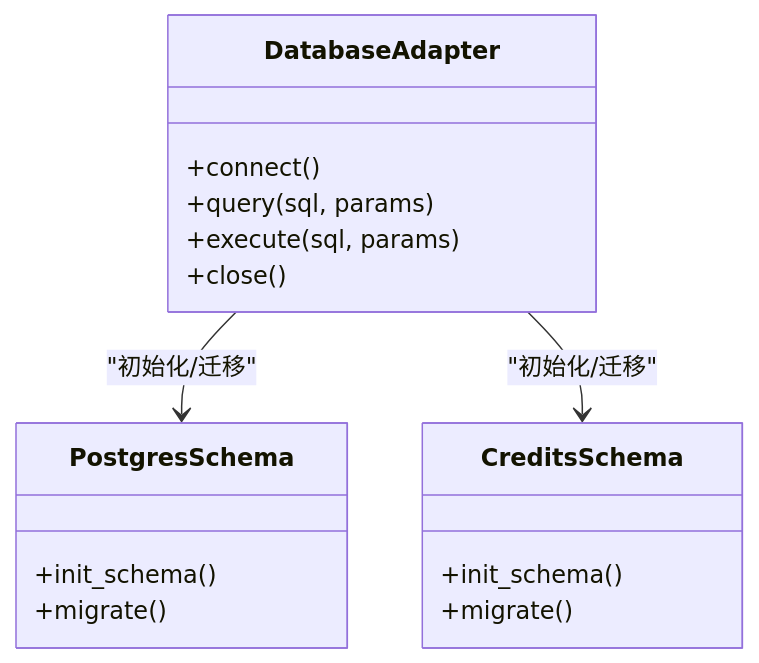
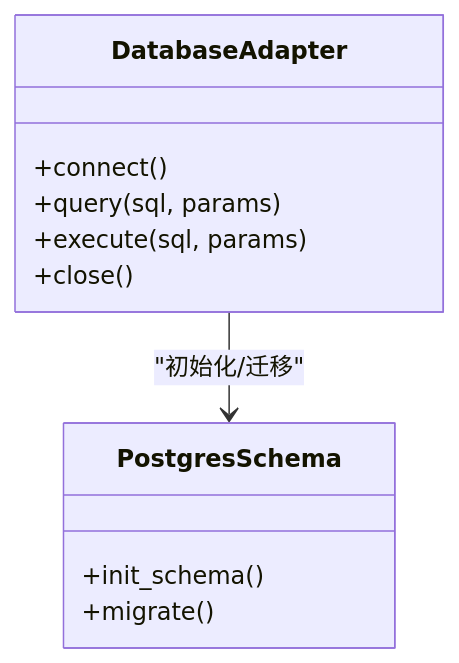
Before and after one commit to abokyoy/LectureLearnLoop: the fourth of 14 diagrams in .qoder/repowiki/zh/content/部署运维.md, drawn with Mermaid. The commit also changed other lines of this file and 91 other files, not shown here.

````diff
--- a/.qoder/repowiki/zh/content/部署运维.md
+++ b/.qoder/repowiki/zh/content/部署运维.md
@@ -188,19 +167,14 @@
 ```mermaid
 classDiagram
+class PostgresSchema {
++init_schema()
++migrate()
+}
 class DatabaseAdapter {
 +connect()
 +query(sql, params)
 +execute(sql, params)
 +close()
 }
-class PostgresSchema {
-+init_schema()
-+migrate()
-}
-class CreditsSchema {
-+init_schema()
-+migrate()
-}
 DatabaseAdapter --> PostgresSchema : "初始化/迁移"
-DatabaseAdapter --> CreditsSchema : "初始化/迁移"
 ```
````
